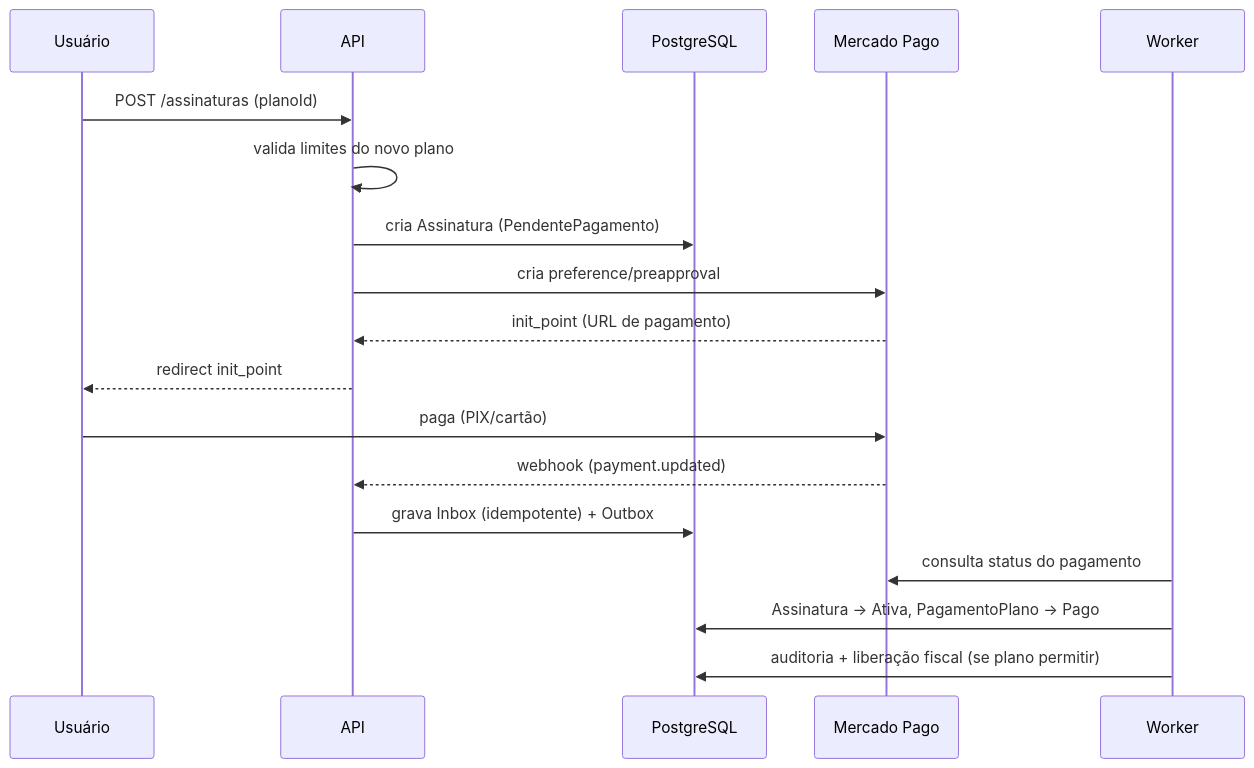
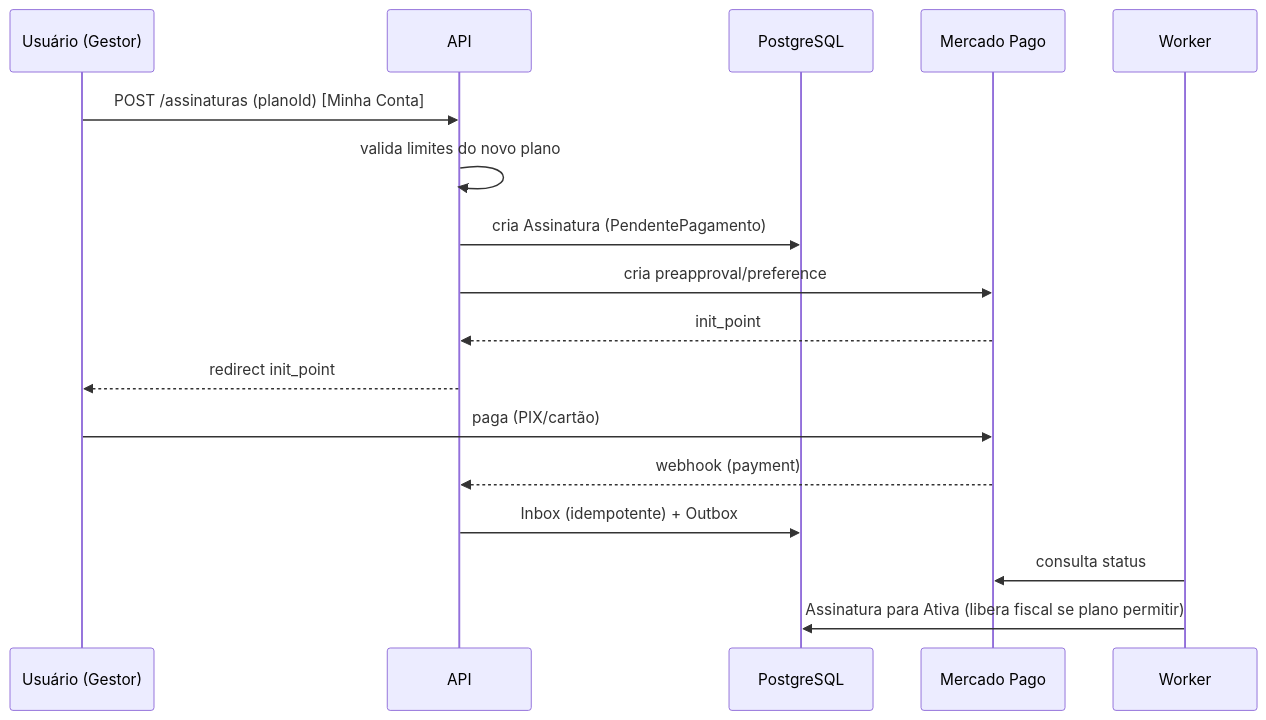
One commit to tthimoteo/app-aluguel changed the fourth of 6 diagrams in Docs/Arquitetura/01-Arquitetura-da-Solucao.md. Above: the diagram before and after it, drawn with Mermaid. The commit also changed other lines of this file and 12 other files, not shown here.

````diff
--- a/Docs/Arquitetura/01-Arquitetura-da-Solucao.md
+++ b/Docs/Arquitetura/01-Arquitetura-da-Solucao.md
@@ -130,21 +137,20 @@
 ```mermaid
 sequenceDiagram
-    participant U as Usuário
+    participant U as Usuário (Gestor)
     participant API as API
     participant DB as PostgreSQL
     participant MP as Mercado Pago
     participant W as Worker
 
-    U->>API: POST /assinaturas (planoId)
+    U->>API: POST /assinaturas (planoId) [Minha Conta]
     API->>API: valida limites do novo plano
     API->>DB: cria Assinatura (PendentePagamento)
-    API->>MP: cria preference/preapproval
-    MP-->>API: init_point (URL de pagamento)
+    API->>MP: cria preapproval/preference
+    MP-->>API: init_point
     API-->>U: redirect init_point
     U->>MP: paga (PIX/cartão)
-    MP-->>API: webhook (payment.updated)
-    API->>DB: grava Inbox (idempotente) + Outbox
-    W->>MP: consulta status do pagamento
-    W->>DB: Assinatura -> Ativa, PagamentoPlano -> Pago
-    W->>DB: auditoria + liberação fiscal (se plano permitir)
+    MP-->>API: webhook (payment)
+    API->>DB: Inbox (idempotente) + Outbox
+    W->>MP: consulta status
+    W->>DB: Assinatura para Ativa (libera fiscal se plano permitir)
 ```
````
